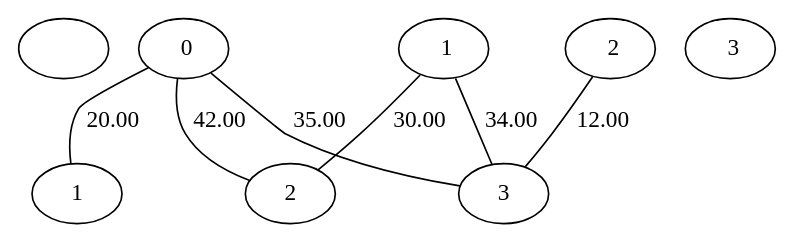
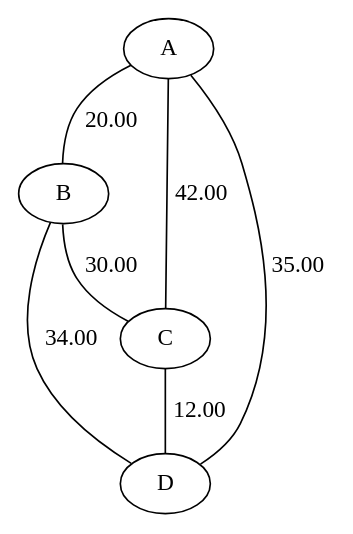
One commit to nelsonramosua/TSP changed the diagram in graphs/GraphAula.dot. Above: the diagram before and after it, drawn with Graphviz. The commit also changed 22 other files, not shown here.

Commit message:
Added abstraction layer for named graphs and refactored test driver

```diff
--- a/graphs/GraphAula.dot
+++ b/graphs/GraphAula.dot
@@ -1,16 +1,16 @@
 // DOT file generated by GraphWriteDOT
 graph {
-  // Vertices = 4
-  // Edges = 6
-  // Max Degree = 3
-  0;
-  0 -- 1 [label=20.00];
-  0 -- 2 [label=42.00];
-  0 -- 3 [label=35.00];
-  1;
-  1 -- 2 [label=30.00];
-  1 -- 3 [label=34.00];
-  2;
-  2 -- 3 [label=12.00];
-  3;
+    // Vertices = 4
+    // Edges = 6
+    // Max Degree = 3
+    n0 [label="A"];
+    n0 -- n1 [label=20.00];
+    n0 -- n2 [label=42.00];
+    n0 -- n3 [label=35.00];
+    n1 [label="B"];
+    n1 -- n2 [label=30.00];
+    n1 -- n3 [label=34.00];
+    n2 [label="C"];
+    n2 -- n3 [label=12.00];
+    n3 [label="D"];
 }
```
